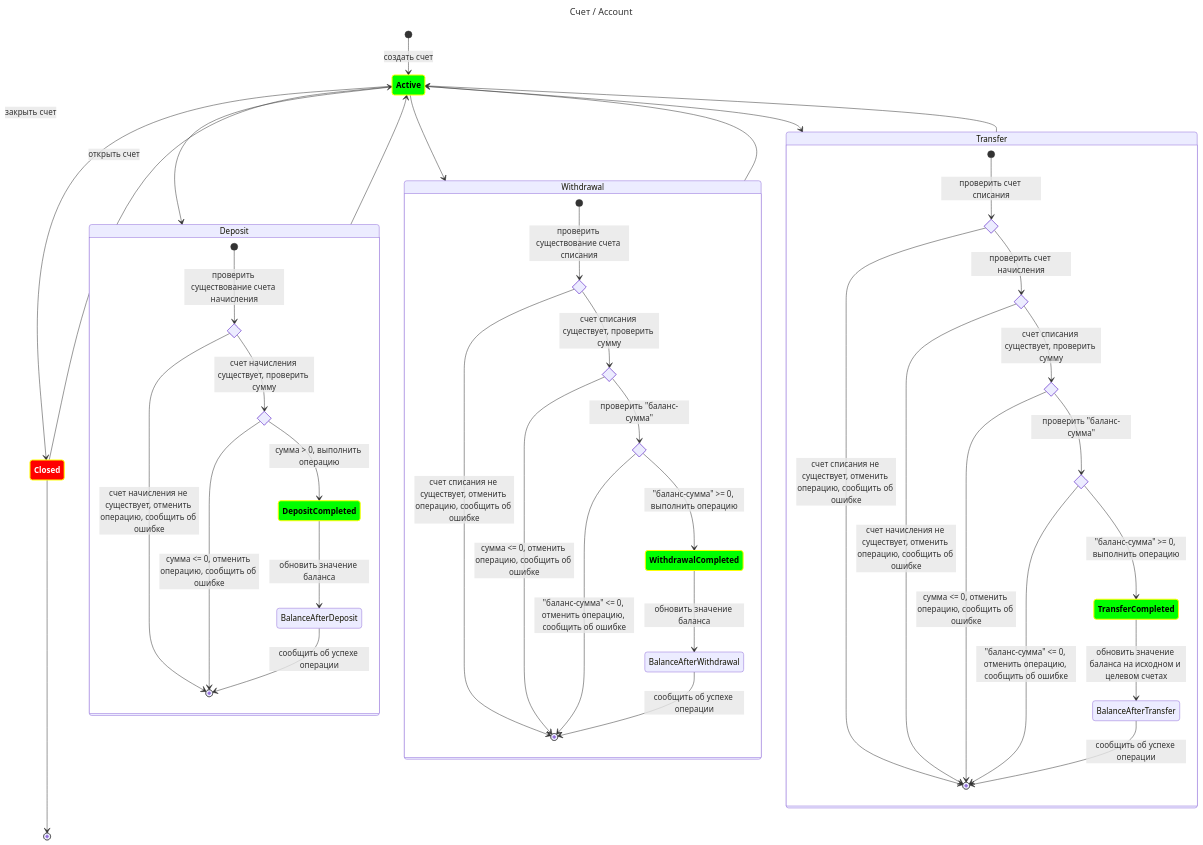
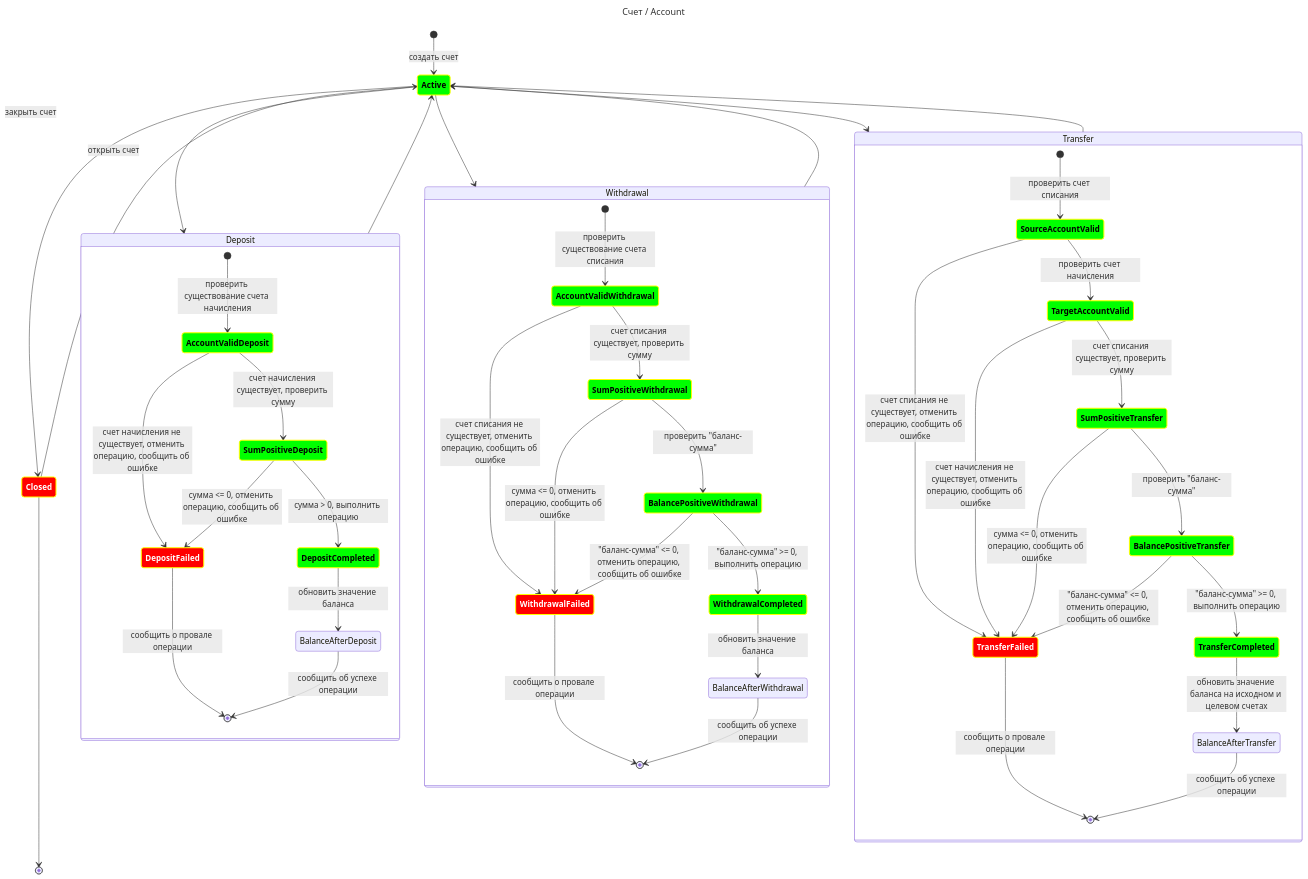
One commit to Nokhrin/silly_bus changed the diagram in java_basics/oopJava/doc/uml/state-diagram-financial-entities.md. Above: the diagram before and after it, drawn with Mermaid.

Commit message:
Проектирование
- условные операторы заменены состояниями с форматированием

````diff
--- a/java_basics/oopJava/doc/uml/state-diagram-financial-entities.md
+++ b/java_basics/oopJava/doc/uml/state-diagram-financial-entities.md
@@ -9,7 +9,6 @@
     classDef falseBranch fill:#f00,color:white,font-weight:bold,stroke-width:2px,stroke:yellow
 
     [*] --> Active : создать счет
-    
     Active --> Closed : закрыть счет
     Closed --> Active : открыть счет
 
@@ -18,18 +17,17 @@
 
     
     state Deposit {
-        state if_account_exists_Deposit <<choice>>    
-        [*] --> if_account_exists_Deposit : проверить существование счета начисления
-        if_account_exists_Deposit --> [*] : счет начисления не существует, отменить операцию, сообщить об ошибке
+        [*] --> AccountValidDeposit : проверить существование счета начисления
+        AccountValidDeposit --> DepositFailed : счет начисления не существует, отменить операцию, сообщить об ошибке
 
-        state if_sum_positive_Deposit <<choice>>
-        if_account_exists_Deposit --> if_sum_positive_Deposit : счет начисления существует, проверить сумму
-        if_sum_positive_Deposit --> [*] : сумма <= 0, отменить операцию, сообщить об ошибке
+        AccountValidDeposit --> SumPositiveDeposit : счет начисления существует, проверить сумму
+        SumPositiveDeposit --> DepositFailed : сумма <= 0, отменить операцию, сообщить об ошибке
 
-        if_sum_positive_Deposit --> DepositCompleted : сумма > 0, выполнить операцию
+        SumPositiveDeposit --> DepositCompleted : сумма > 0, выполнить операцию
         DepositCompleted --> BalanceAfterDeposit : обновить значение баланса
         BalanceAfterDeposit --> [*] : сообщить об успехе операции
 
+        DepositFailed --> [*] : сообщить о провале операции
     }
     Deposit --> Active
 
@@ -40,22 +38,20 @@
 
     
     state Withdrawal {
-        state if_account_exists_Withdrawal <<choice>>  
-        [*] --> if_account_exists_Withdrawal : проверить существование счета списания
-        if_account_exists_Withdrawal --> [*] : счет списания не существует, отменить операцию, сообщить об ошибке
+        [*] --> AccountValidWithdrawal : проверить существование счета списания
+        AccountValidWithdrawal --> WithdrawalFailed : счет списания не существует, отменить операцию, сообщить об ошибке
 
-        state if_sum_positive_Withdrawal <<choice>>
-        if_account_exists_Withdrawal --> if_sum_positive_Withdrawal : счет списания существует, проверить сумму
-        if_sum_positive_Withdrawal --> [*] : сумма <= 0, отменить операцию, сообщить об ошибке
+        AccountValidWithdrawal --> SumPositiveWithdrawal : счет списания существует, проверить сумму
+        SumPositiveWithdrawal --> WithdrawalFailed : сумма <= 0, отменить операцию, сообщить об ошибке
         
-        state if_balance_positive_Withdrawal <<choice>>      
-        if_sum_positive_Withdrawal --> if_balance_positive_Withdrawal : проверить "баланс-сумма"
-        if_balance_positive_Withdrawal --> WithdrawalCompleted : "баланс-сумма" >= 0, выполнить операцию
-        if_balance_positive_Withdrawal --> [*] : "баланс-сумма" <= 0, отменить операцию, сообщить об ошибке
+        SumPositiveWithdrawal --> BalancePositiveWithdrawal : проверить "баланс-сумма"
+        BalancePositiveWithdrawal --> WithdrawalFailed : "баланс-сумма" <= 0, отменить операцию, сообщить об ошибке
+        BalancePositiveWithdrawal --> WithdrawalCompleted : "баланс-сумма" >= 0, выполнить операцию
 
         WithdrawalCompleted --> BalanceAfterWithdrawal : обновить значение баланса
         BalanceAfterWithdrawal --> [*] : сообщить об успехе операции
 
+        WithdrawalFailed --> [*] : сообщить о провале операции
     }
     Withdrawal --> Active
 
@@ -65,35 +61,43 @@
     
     state Transfer {
 
-        state if_source_account_exists_Transfer <<choice>>    
-        [*] --> if_source_account_exists_Transfer : проверить счет списания
-        if_source_account_exists_Transfer --> [*] : счет списания не существует, отменить операцию, сообщить об ошибке
+        [*] --> SourceAccountValid : проверить счет списания
+        SourceAccountValid --> TransferFailed : счет списания не существует, отменить операцию, сообщить об ошибке
 
-        state if_target_account_exists_Transfer <<choice>>    
-        if_source_account_exists_Transfer --> if_target_account_exists_Transfer : проверить счет начисления
-        if_target_account_exists_Transfer --> [*] : счет начисления не существует, отменить операцию, сообщить об ошибке
+        SourceAccountValid --> TargetAccountValid : проверить счет начисления
+        TargetAccountValid --> TransferFailed : счет начисления не существует, отменить операцию, сообщить об ошибке
 
-        state if_sum_positive_Transfer <<choice>>
-        if_target_account_exists_Transfer --> if_sum_positive_Transfer : счет списания существует, проверить сумму
-        if_sum_positive_Transfer --> [*] : сумма <= 0, отменить операцию, сообщить об ошибке
+        TargetAccountValid --> SumPositiveTransfer : счет списания существует, проверить сумму
+        SumPositiveTransfer --> TransferFailed : сумма <= 0, отменить операцию, сообщить об ошибке
 
-        state if_balance_positive_Transfer <<choice>>
-        if_sum_positive_Transfer --> if_balance_positive_Transfer : проверить "баланс-сумма"
-        if_balance_positive_Transfer --> [*] : "баланс-сумма" <= 0, отменить операцию, сообщить об ошибке
+        SumPositiveTransfer --> BalancePositiveTransfer : проверить "баланс-сумма"
+        BalancePositiveTransfer --> TransferFailed : "баланс-сумма" <= 0, отменить операцию, сообщить об ошибке
 
-        if_balance_positive_Transfer --> TransferCompleted : "баланс-сумма" >= 0, выполнить операцию
+        BalancePositiveTransfer --> TransferCompleted : "баланс-сумма" >= 0, выполнить операцию
 
         TransferCompleted --> BalanceAfterTransfer : обновить значение баланса на исходном и целевом счетах
         BalanceAfterTransfer --> [*] : сообщить об успехе операции
+
+        TransferFailed --> [*] : сообщить о провале операции
 
     }
     Transfer --> Active
 
 
+    %% Стили
+    %% Общие
+    class Active, DepositCompleted, WithdrawalCompleted, TransferCompleted trueBranch
+    class Closed, DepositFailed, WithdrawalFailed, TransferFailed falseBranch
+
+    %% Пополнение
+    class AccountValidDeposit, SumPositiveDeposit, BalancePositiveDeposit trueBranch
+
+    %% Снятие
+    class AccountValidWithdrawal, SumPositiveWithdrawal, BalancePositiveWithdrawal trueBranch
+
+    %% Перевод
+    class SourceAccountValid, TargetAccountValid, SumPositiveTransfer, BalancePositiveTransfer trueBranch
+
     Closed --> [*]
 
-    %% Стили
-    class Active, DepositCompleted, WithdrawalCompleted, TransferCompleted trueBranch
-    class Closed falseBranch
-
 ```
````
